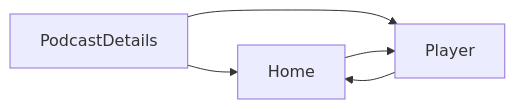
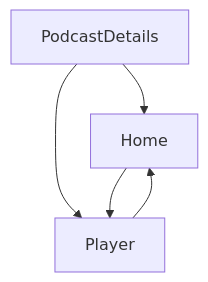
Before and after one commit to JetBrains/kotlin-multiplatform-dev-docs: the second of 2 diagrams in topics/migrate-from-android.md, drawn with Mermaid. The commit also changed other lines of this file, not shown here.

Commit message:
fix: mermaid diagrams top to bottom

````diff
--- a/topics/migrate-from-android.md
+++ b/topics/migrate-from-android.md
@@ -326,44 +326,44 @@
 ```mermaid
 ---
 config:
   labelBackground: '#ded'
 ---
-flowchart LR
+flowchart TB
   %% Nodes (plain labels, no quotes/parentheses/braces)
   %% Start[Start]
   Home[Home]
   Player[Player]
   PodcastDetailsRoute[PodcastDetails]
   %% DeepLinkEpisodes[Deep link to player]
   %% DeepLinkPodcasts[Deep link to podcast]
 
   %% Home’s supporting pane represented as a subgraph
   %% subgraph HomeSupportingPane
     %% direction LR
     %% HomeMain[Home main content]
     %% PodcastDetailsPane[PodcastDetails in supporting pane]
   %% end
 
   %% Start and primary navigation
   %% Start --> Home
 
   %% Home main actions
   Home --> Player
   %% Home -->|Select podcast| PodcastDetailsPane
 
   %% From PodcastDetails (supporting pane) actions
   %% PodcastDetailsPane --> Player
   %% PodcastDetailsPane --> Home
 
   %% Standalone routes (deep links)
   %% DeepLinkEpisodes --> Player
   %% DeepLinkPodcasts --> PodcastDetailsRoute
 
   %% From standalone PodcastDetails route
   PodcastDetailsRoute --> Player
   PodcastDetailsRoute --> Home
 
   %% Back behavior from Player (returns to previous context)
   Player --> Home
   %% Player -->|Back| PodcastDetailsPane
 ```
````
